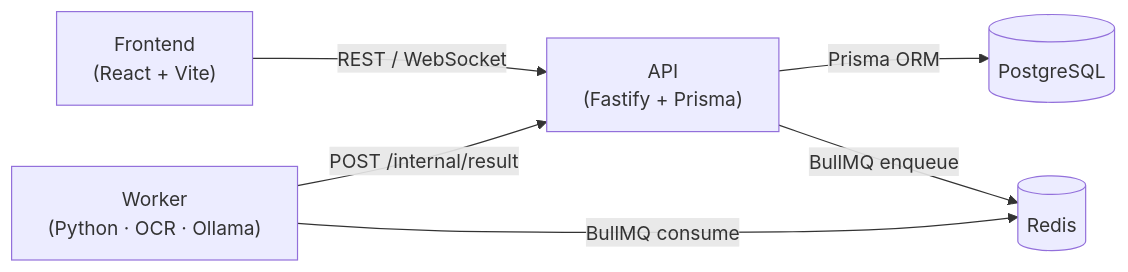
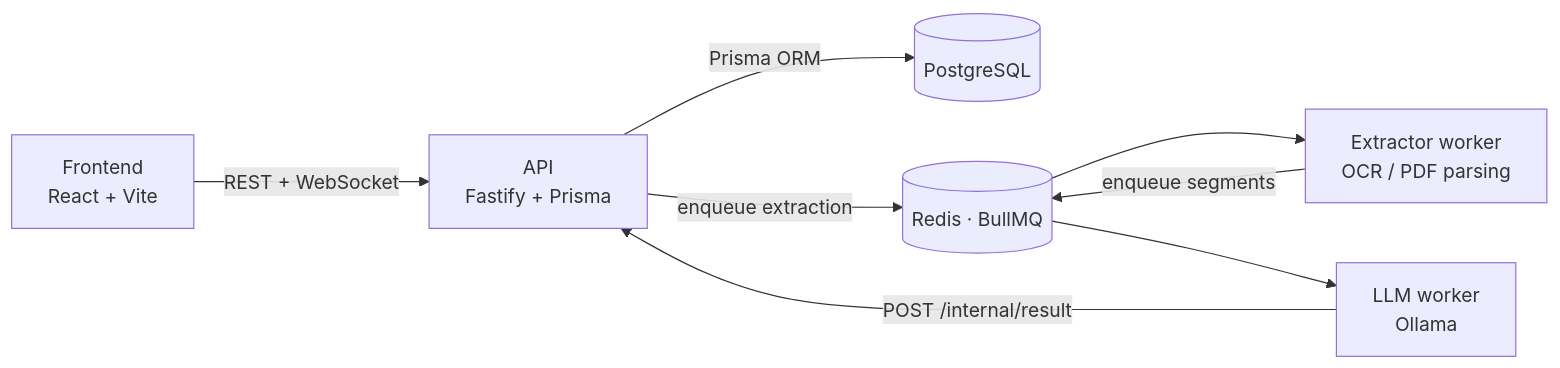
The first of 2 diagrams in README.md (lipe-pedras/expense-classifier), drawn with Mermaid before and after one commit. The commit also changed other lines of this file and 5 other files, not shown here.

````diff
--- a/README.md
+++ b/README.md
@@ -19,14 +73,17 @@
 ```mermaid
 graph LR
-    FE["Frontend\n(React + Vite)"]
-    API["API\n(Fastify + Prisma)"]
+    FE["Frontend<br/>React + Vite"]
+    API["API<br/>Fastify + Prisma"]
     DB[(PostgreSQL)]
-    REDIS[(Redis)]
-    W["Worker\n(Python · OCR · Ollama)"]
+    REDIS[(Redis · BullMQ)]
+    EX["Extractor worker<br/>OCR / PDF parsing"]
+    LLM["LLM worker<br/>Ollama"]
 
-    FE -->|"REST / WebSocket"| API
+    FE -->|"REST + WebSocket"| API
     API -->|"Prisma ORM"| DB
-    API -->|"BullMQ enqueue"| REDIS
-    W -->|"BullMQ consume"| REDIS
-    W -->|"POST /internal/result"| API
+    API -->|"enqueue extraction"| REDIS
+    REDIS --> EX
+    EX -->|"enqueue segments"| REDIS
+    REDIS --> LLM
+    LLM -->|"POST /internal/result"| API
 ```
````
